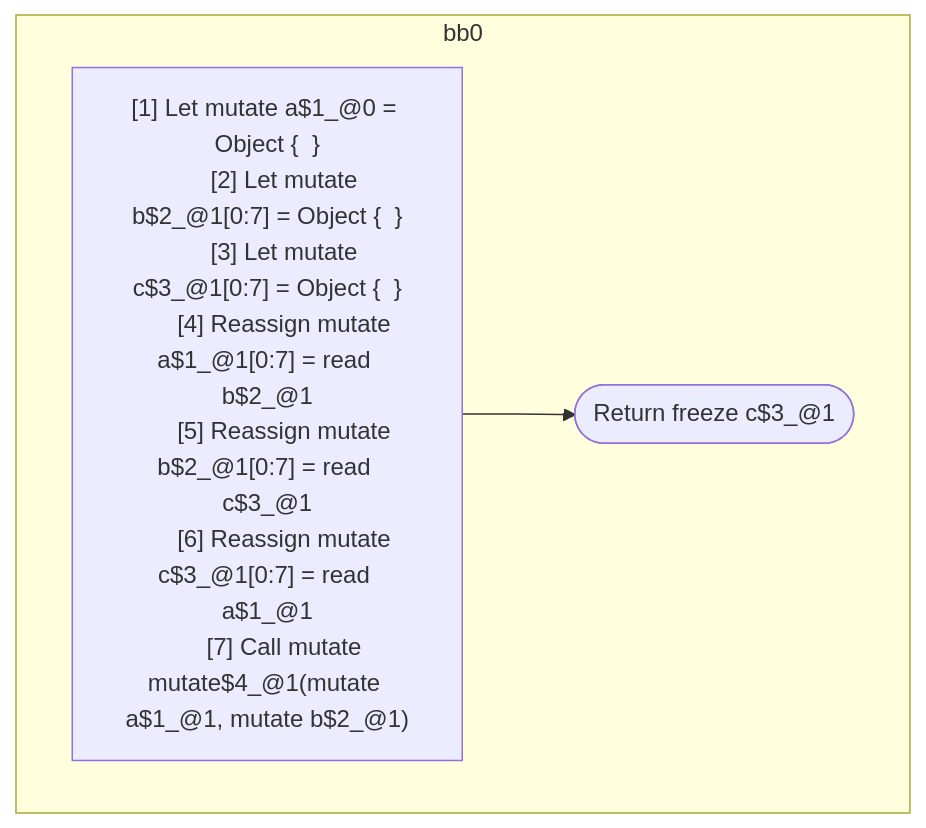
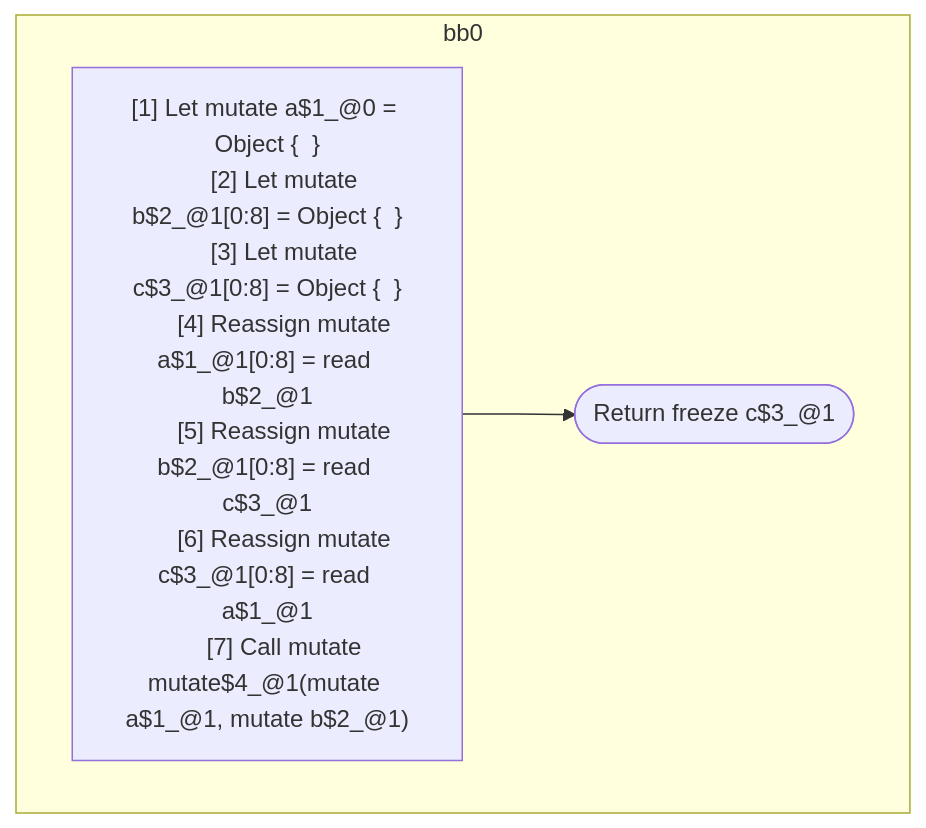
The second of 2 diagrams in compiler/forget/src/__tests__/fixtures/hir/simple-alias.expect.md (wutsmog/private), drawn with Mermaid before and after one commit. The commit also changed other lines of this file and 45 other files, not shown here.

````diff
--- a/compiler/forget/src/__tests__/fixtures/hir/simple-alias.expect.md
+++ b/compiler/forget/src/__tests__/fixtures/hir/simple-alias.expect.md
@@ -63,19 +63,19 @@
 ```mermaid
 flowchart TB
   %% Basic Blocks
   subgraph bb0
     bb0_instrs["
       [1] Let mutate a$1_@0 = Object {  }
-      [2] Let mutate b$2_@1[0:7] = Object {  }
-      [3] Let mutate c$3_@1[0:7] = Object {  }
-      [4] Reassign mutate a$1_@1[0:7] = read b$2_@1
-      [5] Reassign mutate b$2_@1[0:7] = read c$3_@1
-      [6] Reassign mutate c$3_@1[0:7] = read a$1_@1
+      [2] Let mutate b$2_@1[0:8] = Object {  }
+      [3] Let mutate c$3_@1[0:8] = Object {  }
+      [4] Reassign mutate a$1_@1[0:8] = read b$2_@1
+      [5] Reassign mutate b$2_@1[0:8] = read c$3_@1
+      [6] Reassign mutate c$3_@1[0:8] = read a$1_@1
       [7] Call mutate mutate$4_@1(mutate a$1_@1, mutate b$2_@1)
     "]
     bb0_instrs --> bb0_terminal(["Return freeze c$3_@1"])
   end
 
   %% Jumps
   %% empty
 ```
````
